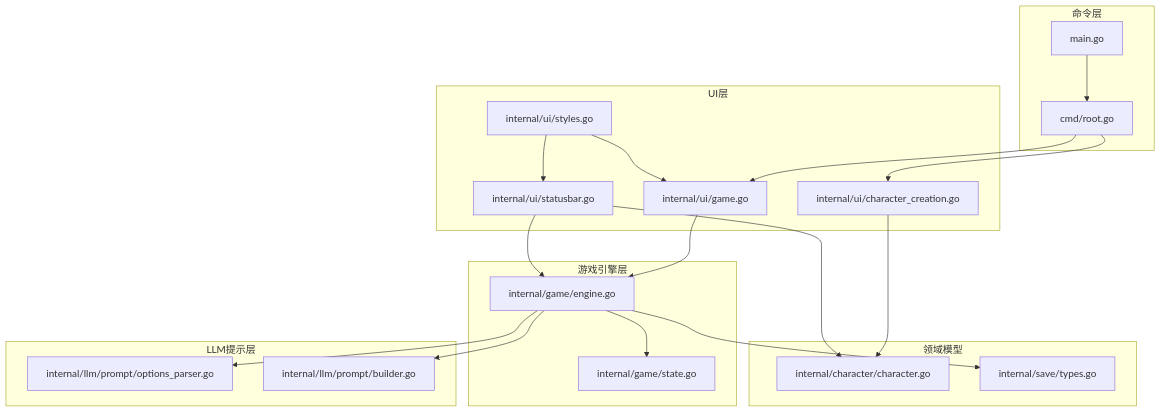
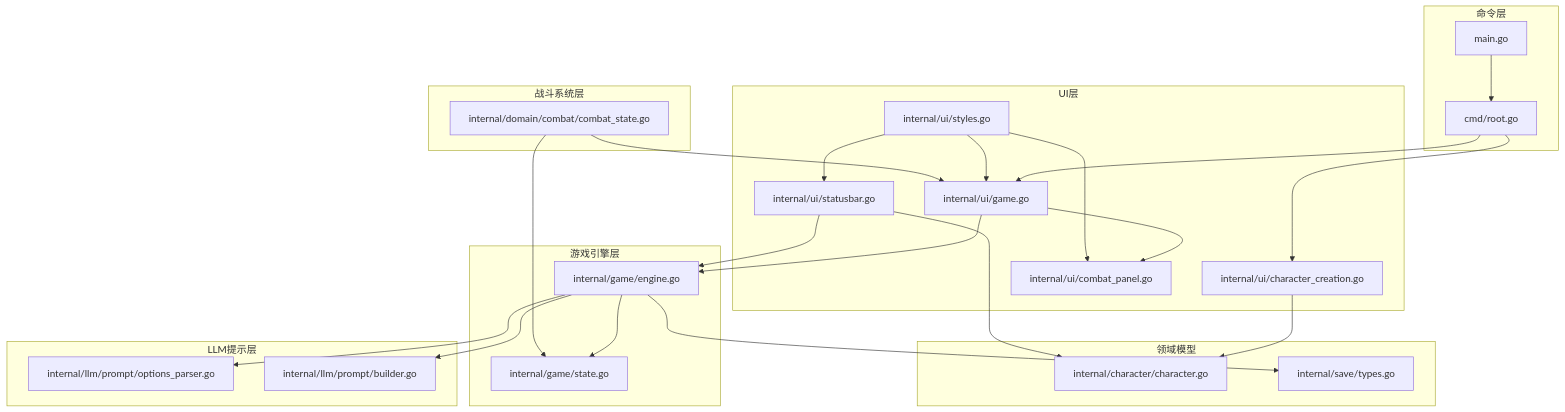
The first of 7 diagrams in .qoder/repowiki/zh/content/用户界面/用户界面.md (zwh8800/cdnd), drawn with Mermaid before and after one commit. The commit also changed other lines of this file and 102 other files, not shown here.

````diff
--- a/.qoder/repowiki/zh/content/用户界面/用户界面.md
+++ b/.qoder/repowiki/zh/content/用户界面/用户界面.md
@@ -46,38 +49,46 @@
 ```mermaid
 graph TB
 subgraph "命令层"
 MAIN["main.go"]
 ROOT["cmd/root.go"]
 end
 subgraph "UI层"
 GAME["internal/ui/game.go"]
 CHAR["internal/ui/character_creation.go"]
 STATUS["internal/ui/statusbar.go"]
 STYLES["internal/ui/styles.go"]
+COMBAT_PANEL["internal/ui/combat_panel.go"]
 end
 subgraph "游戏引擎层"
 ENGINE["internal/game/engine.go"]
 STATE["internal/game/state.go"]
+end
+subgraph "战斗系统层"
+COMBAT_STATE["internal/domain/combat/combat_state.go"]
 end
 subgraph "领域模型"
 CHAR_MODEL["internal/character/character.go"]
 SAVE_TYPES["internal/save/types.go"]
 end
 subgraph "LLM提示层"
 OPTIONS_PARSER["internal/llm/prompt/options_parser.go"]
 BUILDER["internal/llm/prompt/builder.go"]
 end
 MAIN --> ROOT
 ROOT --> GAME
 ROOT --> CHAR
 GAME --> ENGINE
+GAME --> COMBAT_PANEL
 CHAR --> CHAR_MODEL
 STATUS --> ENGINE
 STATUS --> CHAR_MODEL
 ENGINE --> STATE
 ENGINE --> SAVE_TYPES
 ENGINE --> OPTIONS_PARSER
 ENGINE --> BUILDER
 STYLES --> GAME
 STYLES --> STATUS
+STYLES --> COMBAT_PANEL
+COMBAT_STATE --> GAME
+COMBAT_STATE --> STATE
 ```
````
